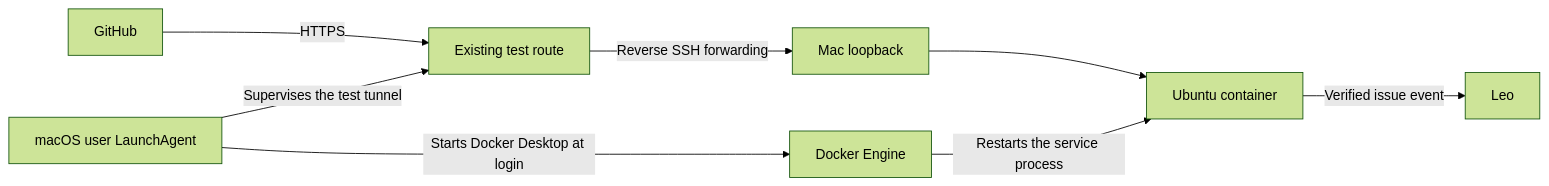
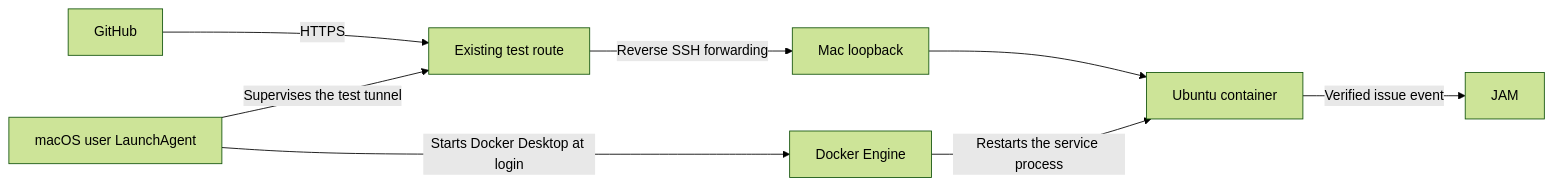
Before and after one commit to alexmakeev/jam-bot: the diagram in docs/SERVICE.md, drawn with Mermaid (forest theme). The commit also changed other lines of this file and 24 other files, not shown here.

````diff
--- a/docs/SERVICE.md
+++ b/docs/SERVICE.md
@@ -5,10 +5,10 @@
 ```mermaid
 flowchart LR
     GitHub -->|HTTPS| AM32[Existing test route]
     AM32 -->|Reverse SSH forwarding| Mac[Mac loopback]
     Mac --> Receiver[Ubuntu container]
-    Receiver -->|Verified issue event| Leo
+    Receiver -->|Verified issue event| JAM
     Agent[macOS user LaunchAgent] -->|Starts Docker Desktop at login| Docker[Docker Engine]
     Docker -->|Restarts the service process| Receiver
     Agent -->|Supervises the test tunnel| AM32
 ```
````
